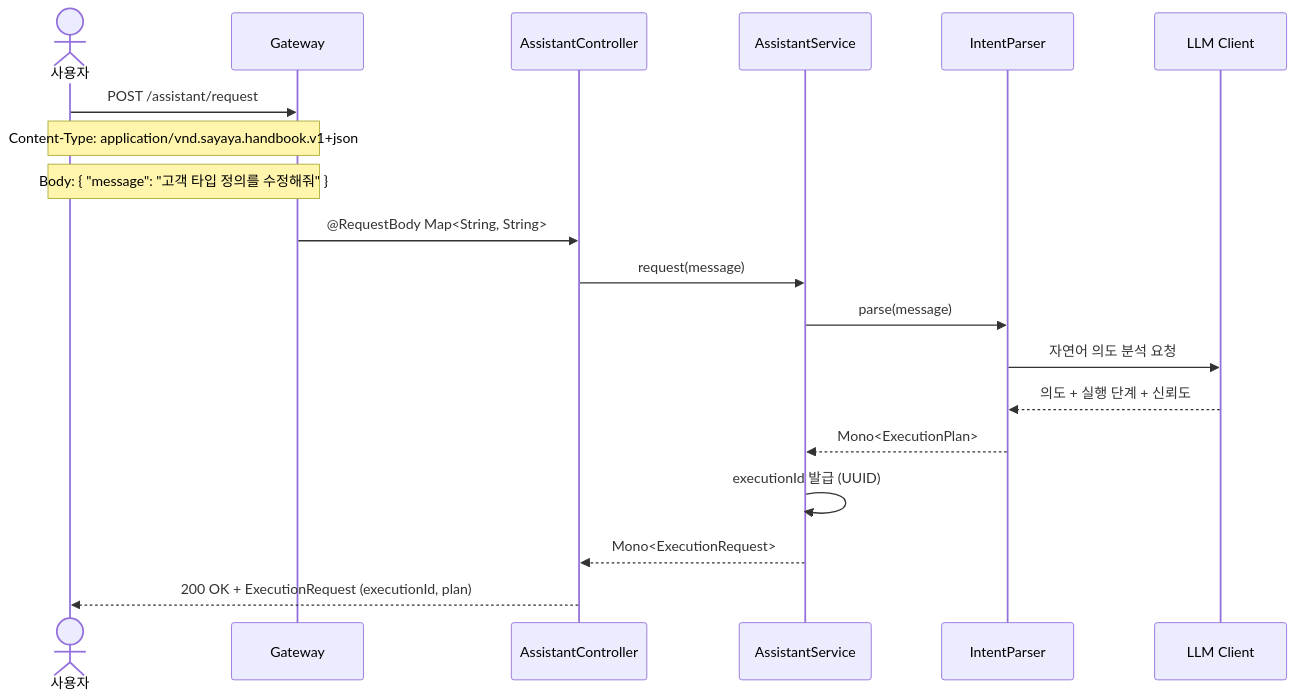
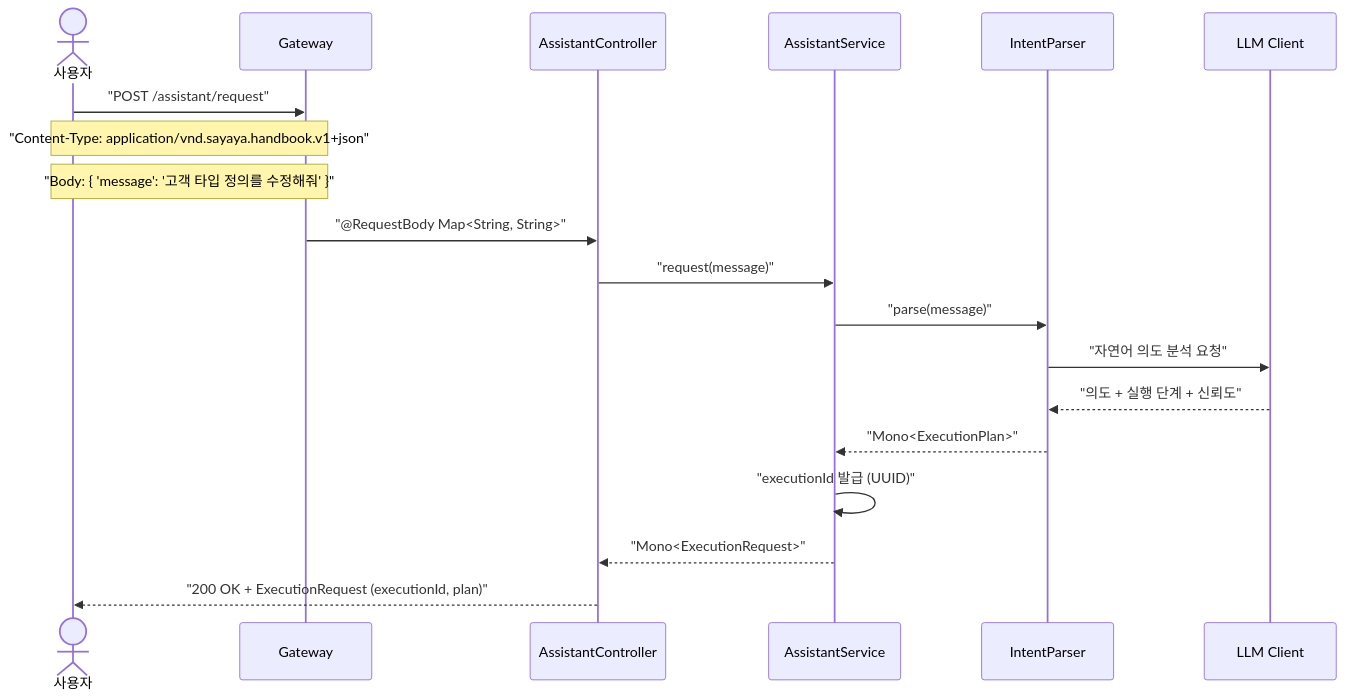
The first of 13 diagrams in assistant/USECASE.md (sayaya1090/handbook), drawn with Mermaid before and after one commit. The commit also changed other lines of this file and 22 other files, not shown here.

First line of the commit message:
docs: Mermaid 다이어그램 렌더링 오류 수정을 위한 구문 전수 교정

````diff
--- a/assistant/USECASE.md
+++ b/assistant/USECASE.md
@@ -5,22 +5,22 @@
 ```mermaid
 sequenceDiagram
     actor User as 사용자
     participant GW as Gateway
     participant Ctrl as AssistantController
     participant Svc as AssistantService
     participant Parser as IntentParser
     participant LLM as LLM Client
 
-    User->>GW: POST /assistant/request
-    Note over User,GW: Content-Type: application/vnd.sayaya.handbook.v1+json
-    Note over User,GW: Body: { "message": "고객 타입 정의를 수정해줘" }
-    GW->>Ctrl: @RequestBody Map<String, String>
-    Ctrl->>Svc: request(message)
-    Svc->>Parser: parse(message)
-    Parser->>LLM: 자연어 의도 분석 요청
-    LLM-->>Parser: 의도 + 실행 단계 + 신뢰도
-    Parser-->>Svc: Mono<ExecutionPlan>
-    Svc->>Svc: executionId 발급 (UUID)
-    Svc-->>Ctrl: Mono<ExecutionRequest>
-    Ctrl-->>User: 200 OK + ExecutionRequest (executionId, plan)
+    User->>GW: "POST /assistant/request"
+    Note over User,GW: "Content-Type: application/vnd.sayaya.handbook.v1+json"
+    Note over User,GW: "Body: { 'message': '고객 타입 정의를 수정해줘' }"
+    GW->>Ctrl: "@RequestBody Map<String, String>"
+    Ctrl->>Svc: "request(message)"
+    Svc->>Parser: "parse(message)"
+    Parser->>LLM: "자연어 의도 분석 요청"
+    LLM-->>Parser: "의도 + 실행 단계 + 신뢰도"
+    Parser-->>Svc: "Mono<ExecutionPlan>"
+    Svc->>Svc: "executionId 발급 (UUID)"
+    Svc-->>Ctrl: "Mono<ExecutionRequest>"
+    Ctrl-->>User: "200 OK + ExecutionRequest (executionId, plan)"
 ```
````
